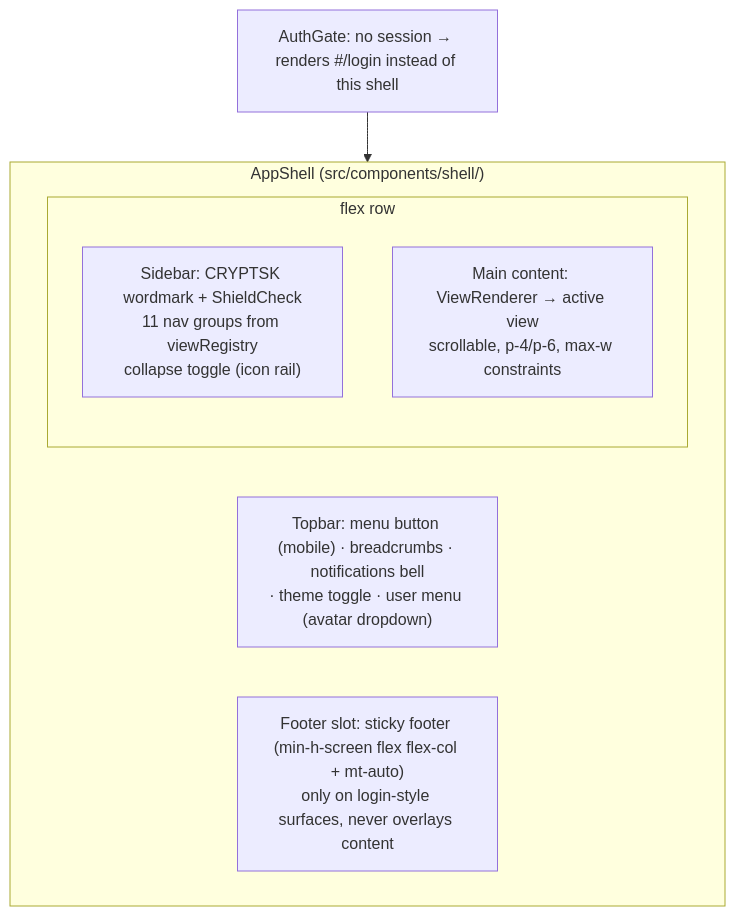
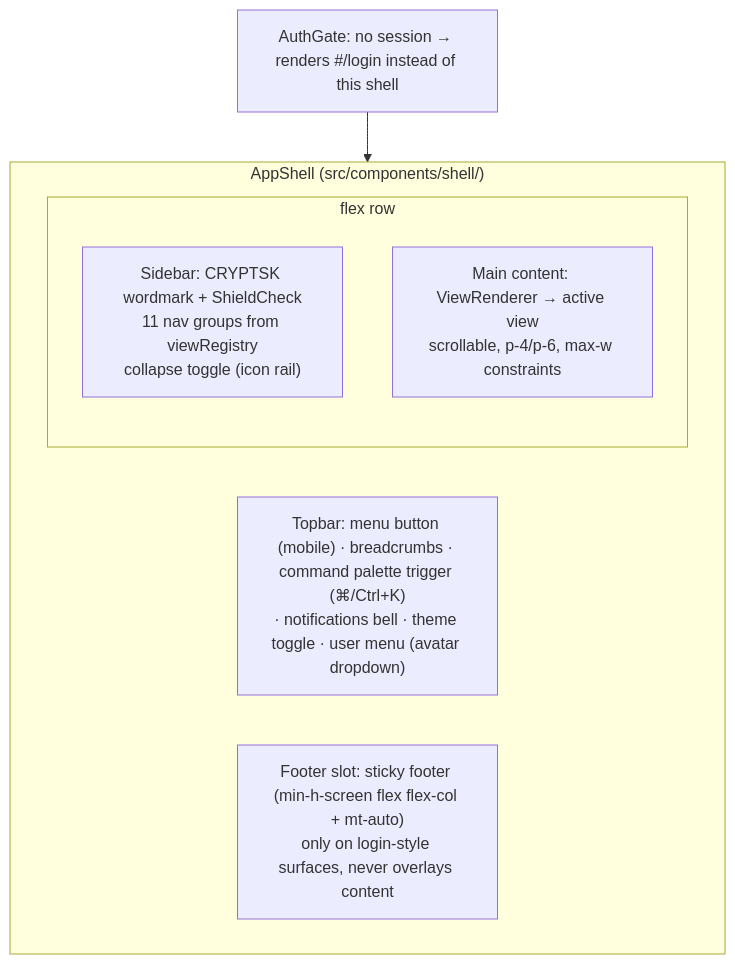
The diagram in docs/05-FRONTEND/PAGE_MAP.md (chiranjitk/cryptsk-utm), drawn with Mermaid before and after one commit. The commit also changed other lines of this file and 10 other files, not shown here.

````diff
--- a/docs/05-FRONTEND/PAGE_MAP.md
+++ b/docs/05-FRONTEND/PAGE_MAP.md
@@ -45,13 +45,13 @@
 ```mermaid
 flowchart TB
     subgraph Shell["AppShell (src/components/shell/)"]
-        TOP["Topbar: menu button (mobile) · breadcrumbs · notifications bell<br/>· theme toggle · user menu (avatar dropdown)"]
+        TOP["Topbar: menu button (mobile) · breadcrumbs · command palette trigger (⌘/Ctrl+K)<br/>· notifications bell · theme toggle · user menu (avatar dropdown)"]
         subgraph BODY["flex row"]
             NAV["Sidebar: CRYPTSK wordmark + ShieldCheck<br/>11 nav groups from viewRegistry<br/>collapse toggle (icon rail)"]
             MAIN["Main content: ViewRenderer → active view<br/>scrollable, p-4/p-6, max-w constraints"]
         end
         FOOT["Footer slot: sticky footer (min-h-screen flex flex-col + mt-auto)<br/>only on login-style surfaces, never overlays content"]
     end
     GATE["AuthGate: no session → renders #/login instead of this shell"]
     GATE --> Shell
 ```
````
